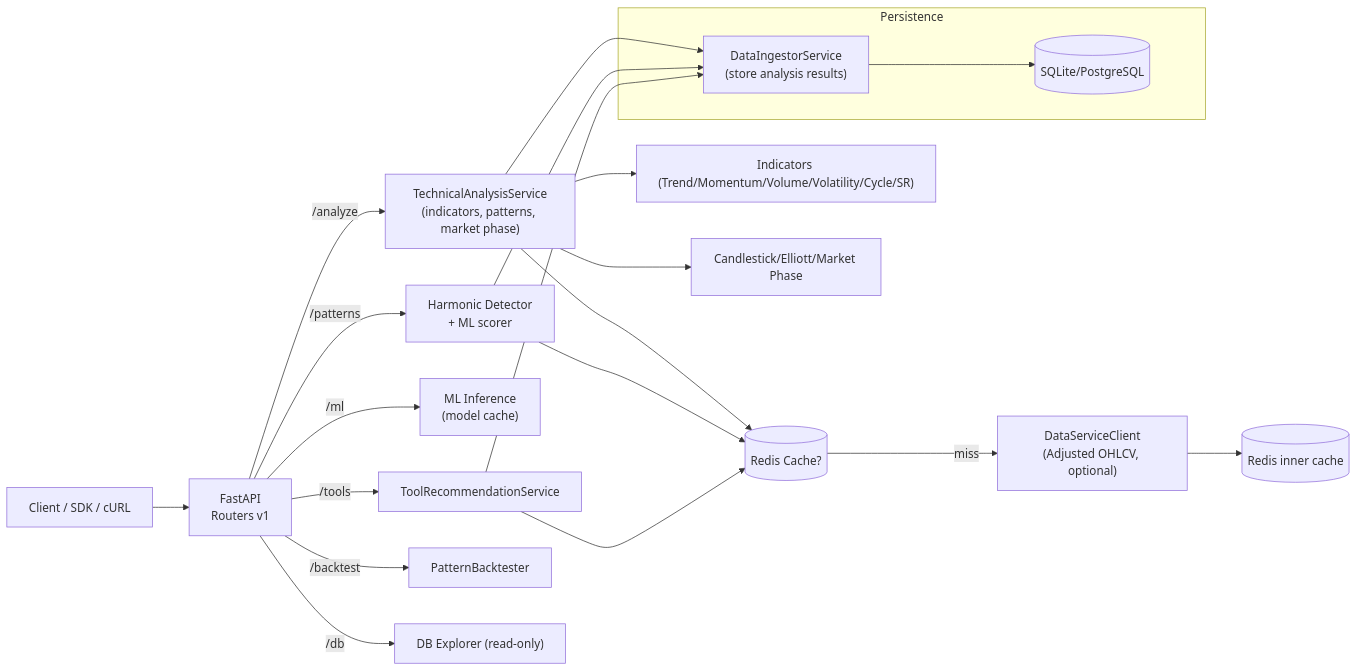
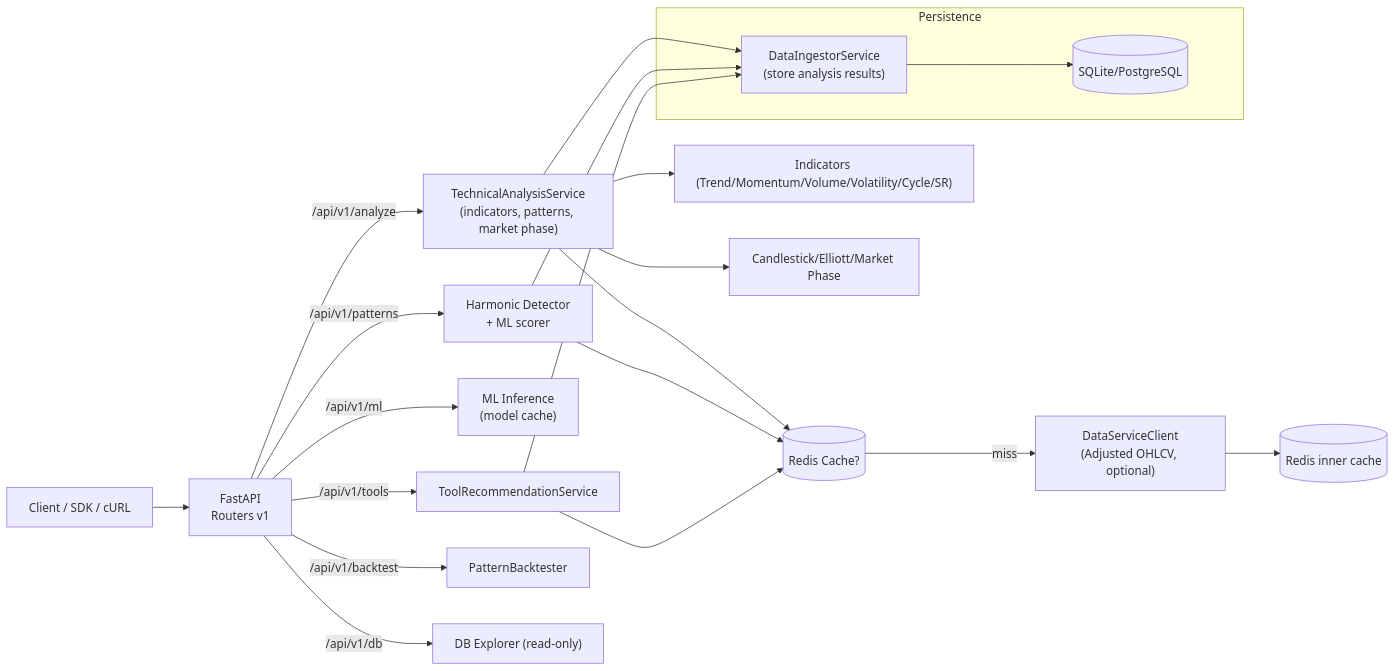
One commit to Shakour-Data/Gravity_TechnicalAnalysis changed the first of 2 diagrams in docs/architecture/SYSTEM_ARCHITECTURE_DIAGRAMS.md. Above: the diagram before and after it, drawn with Mermaid. The commit also changed other lines of this file and 7 other files, not shown here.

````diff
--- a/docs/architecture/SYSTEM_ARCHITECTURE_DIAGRAMS.md
+++ b/docs/architecture/SYSTEM_ARCHITECTURE_DIAGRAMS.md
@@ -15,30 +15,30 @@
 ```mermaid
 flowchart LR
     Client["Client / SDK / cURL"] --> API["FastAPI\nRouters v1"]
-    API -->|/analyze| Analysis["TechnicalAnalysisService\n(indicators, patterns, market phase)"]
-    API -->|/patterns| Pattern["Harmonic Detector\n+ ML scorer"]
-    API -->|/ml| ML["ML Inference\n(model cache)"]
-    API -->|/tools| Tools["ToolRecommendationService"]
-    API -->|/backtest| Backtest["PatternBacktester"]
-    API -->|/db| DBExplorer["DB Explorer (read-only)"]
+    API -->|/api/v1/analyze| Analysis["TechnicalAnalysisService\n(indicators, patterns, market phase)"]
+    API -->|/api/v1/patterns| Pattern["Harmonic Detector\n+ ML scorer"]
+    API -->|/api/v1/ml| ML["ML Inference\n(model cache)"]
+    API -->|/api/v1/tools| Tools["ToolRecommendationService"]
+    API -->|/api/v1/backtest| Backtest["PatternBacktester"]
+    API -->|/api/v1/db| DBExplorer["DB Explorer (read-only)"]
 
     Analysis --> Cache[(Redis Cache?)]
     Pattern --> Cache
     Tools --> Cache
 
     Analysis --> Indicators["Indicators (Trend/Momentum/Volume/Volatility/Cycle/SR)"]
     Analysis --> PatternsCandles["Candlestick/Elliott/Market Phase"]
 
     Cache -->|miss| DataSvc["DataServiceClient\n(Adjusted OHLCV, optional)"]
     DataSvc --> Redis[(Redis inner cache)]
 
     subgraph Persistence
         DB[(SQLite/PostgreSQL)]
         Ingestor["DataIngestorService\n(store analysis results)"]
     end
 
     Analysis --> Ingestor
     Pattern --> Ingestor
     Tools --> Ingestor
     Ingestor --> DB
 ```
````
